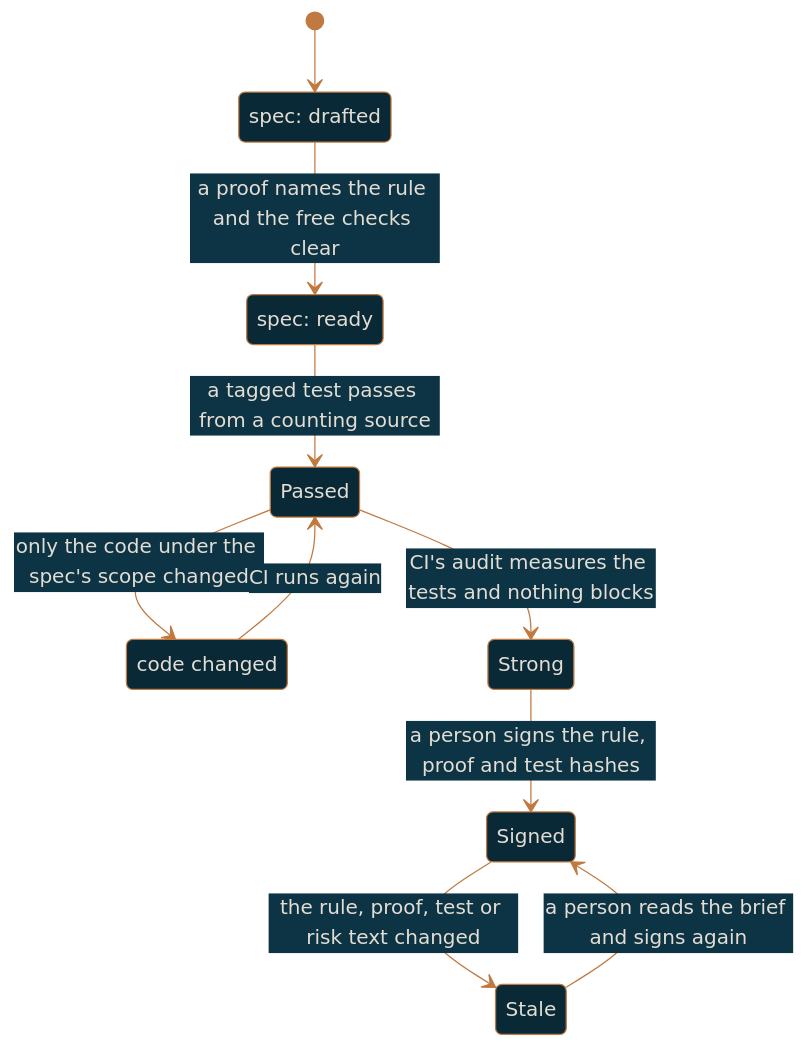
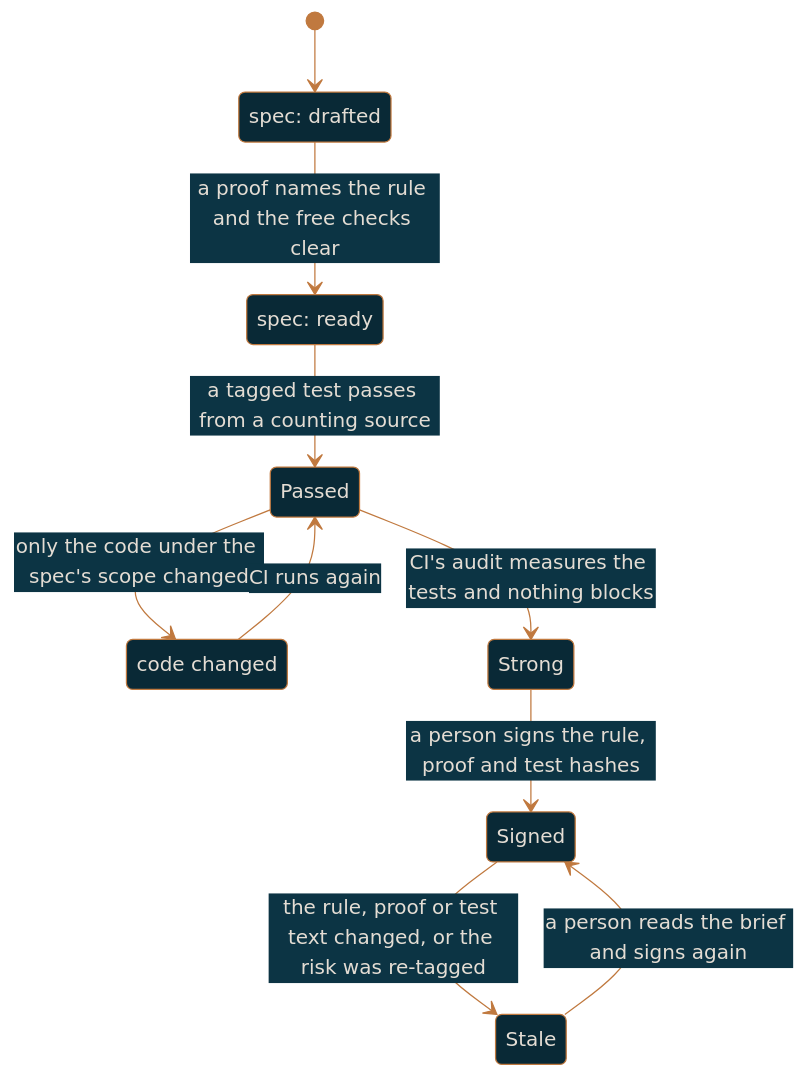
One commit to rlabarca/purlin changed the diagram in docs/regulated-workflow.md. Above: the diagram before and after it, drawn with Mermaid.

Commit message:
docs: the stale edge names the risk re-tag as a re-tag
A risk is a tag, not text, so the edge says so.

Claude-Session: https://claude.ai/code/session_01TWQME4FLjSPpNwDAXT2wkB

````diff
--- a/docs/regulated-workflow.md
+++ b/docs/regulated-workflow.md
@@ -24,16 +24,16 @@
 ```mermaid
 %%{init: {"theme": "base", "themeVariables": {"background": "#0C3444", "primaryColor": "#092936", "primaryTextColor": "#E4DDD4", "primaryBorderColor": "#C0793F", "lineColor": "#C0793F", "secondaryColor": "#0C3444", "tertiaryColor": "#092936", "fontFamily": "Arial", "textColor": "#E4DDD4"}}}%%
 stateDiagram-v2
     state "spec: drafted" as Drafted
     state "spec: ready" as Ready
     state "code changed" as Changed
     [*] --> Drafted
     Drafted --> Ready: a proof names the rule and the free checks clear
     Ready --> Passed: a tagged test passes from a counting source
     Passed --> Strong: CI's audit measures the tests and nothing blocks
     Strong --> Signed: a person signs the rule, proof and test hashes
-    Signed --> Stale: the rule, proof, test or risk text changed
+    Signed --> Stale: the rule, proof or test text changed, or the risk was re-tagged
     Stale --> Signed: a person reads the brief and signs again
     Passed --> Changed: only the code under the spec's scope changed
     Changed --> Passed: CI runs again
 ```
````
